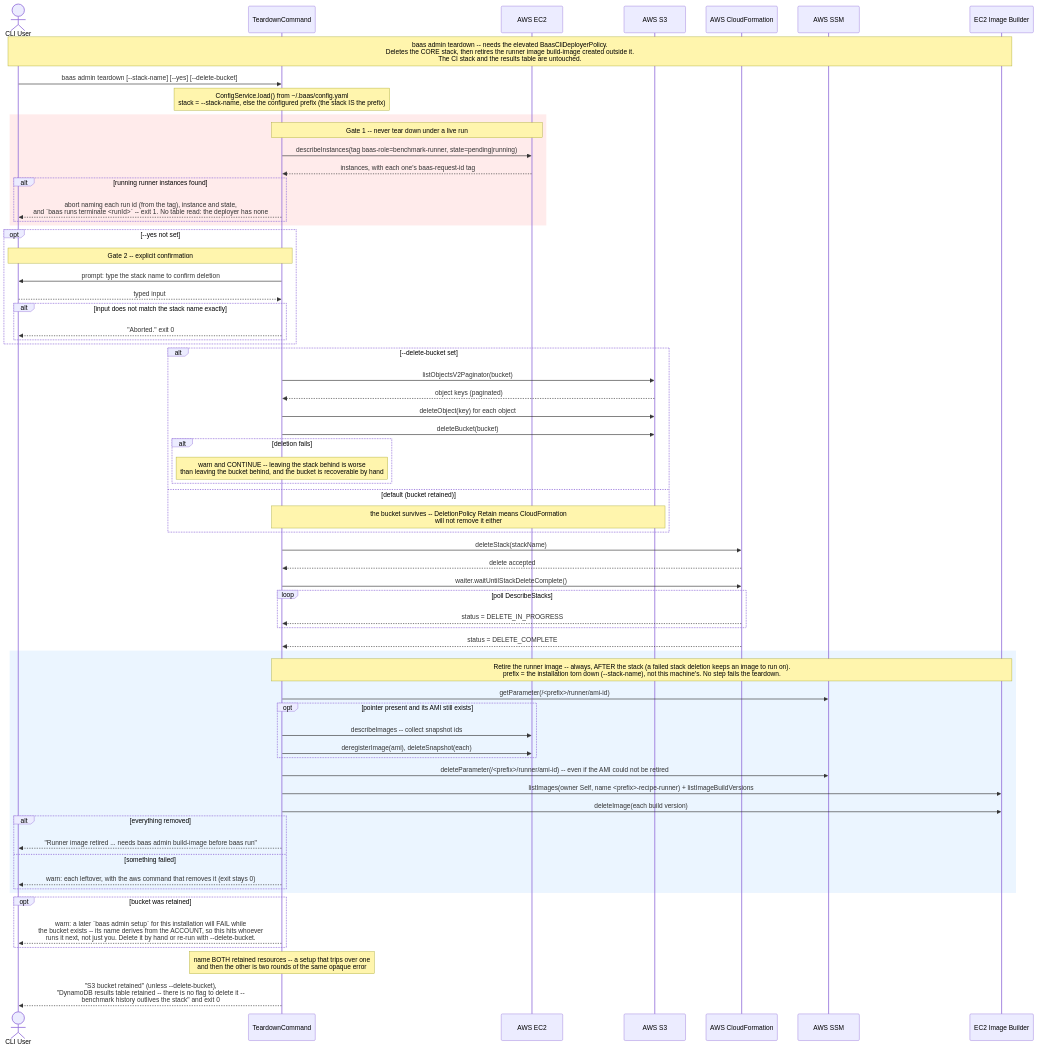
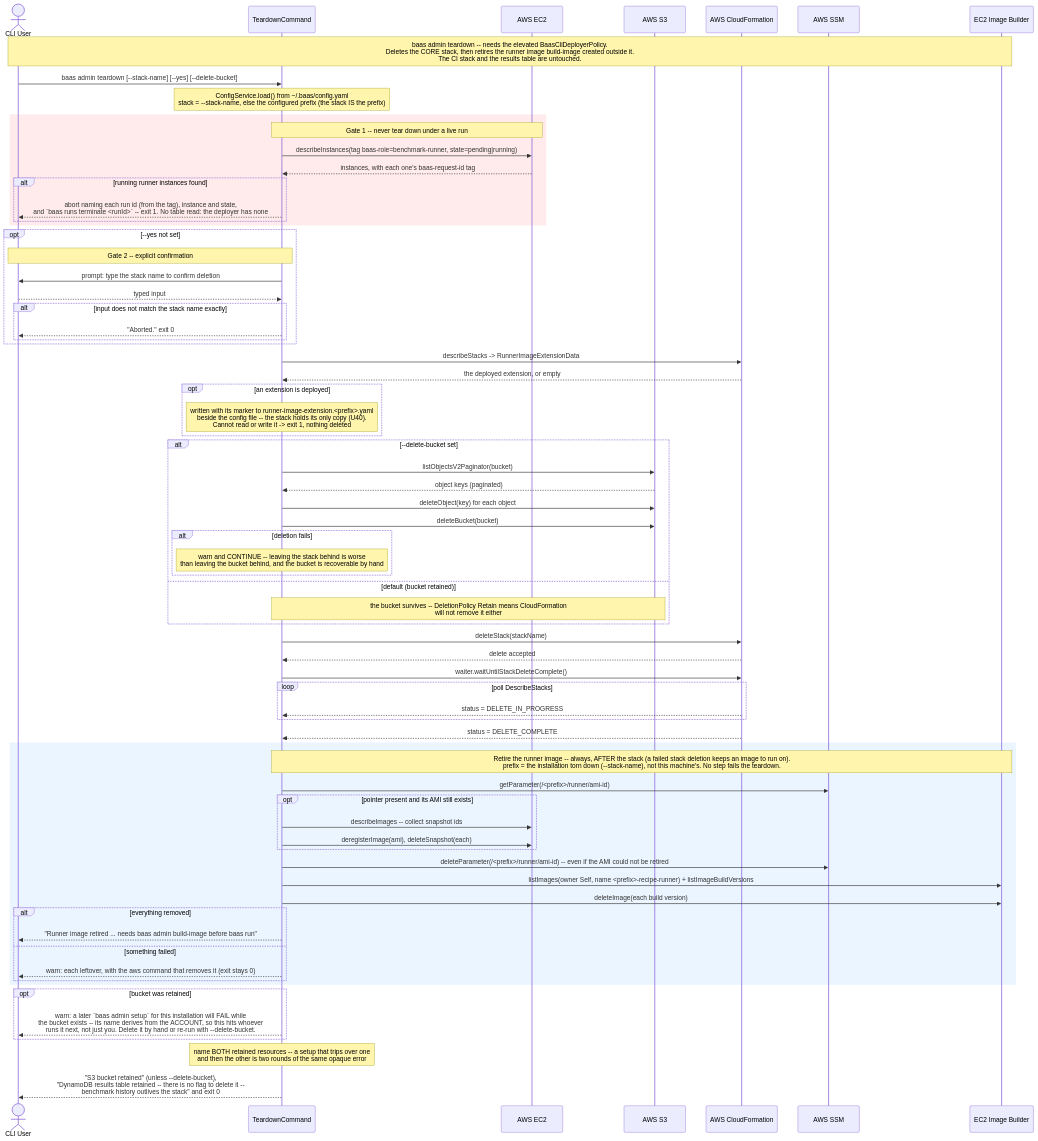
The diagram in docs/diagrams/baas-teardown.mmd (wsztajerowski/benchmark-as-a-service), drawn with Mermaid before and after one commit. The commit also changed 2 other files, not shown here.

Commit message:
fix(cli): save the runner-image extension before teardown deletes it (U40)
The extension exists only as the stack parameter RunnerImageExtensionData,
so deleting the stack deleted the only copy, and teardown's notices did
not mention it. Teardown now writes a non-empty extension, with the
marker a pull prints, to runner-image-extension.<prefix>.yaml beside the
config file before deleting anything, and names the file and how to push
it back. A teardown that cannot read or write it deletes nothing.

Claude-Session: https://claude.ai/code/session_013vN3RLRd63uvbo93ZSUrya

```diff
--- a/docs/diagrams/baas-teardown.mmd
+++ b/docs/diagrams/baas-teardown.mmd
@@ -1,73 +1,79 @@
 sequenceDiagram
     actor User as CLI User
     participant TD as TeardownCommand
     participant EC2 as AWS EC2
     participant S3 as AWS S3
     participant CF as AWS CloudFormation
     participant SSM as AWS SSM
     participant IB as EC2 Image Builder
 
     Note over User,IB: baas admin teardown -- needs the elevated BaasCliDeployerPolicy.<br/>Deletes the CORE stack, then retires the runner image build-image created outside it.<br/>The CI stack and the results table are untouched.
     User->>TD: baas admin teardown [--stack-name] [--yes] [--delete-bucket]
     Note over TD: ConfigService.load() from ~/.baas/config.yaml<br/>stack = --stack-name, else the configured prefix (the stack IS the prefix)
 
     rect rgb(255, 235, 235)
         Note over TD,EC2: Gate 1 -- never tear down under a live run
         TD->>EC2: describeInstances(tag baas-role=benchmark-runner, state=pending|running)
         EC2-->>TD: instances, with each one's baas-request-id tag
         alt running runner instances found
             TD-->>User: abort naming each run id (from the tag), instance and state,<br/>and `baas runs terminate <runId>` -- exit 1. No table read: the deployer has none
         end
     end
 
     opt --yes not set
         Note over TD,User: Gate 2 -- explicit confirmation
         TD->>User: prompt: type the stack name to confirm deletion
         User-->>TD: typed input
         alt input does not match the stack name exactly
             TD-->>User: "Aborted." exit 0
         end
+    end
+
+    TD->>CF: describeStacks -> RunnerImageExtensionData
+    CF-->>TD: the deployed extension, or empty
+    opt an extension is deployed
+        Note over TD: written with its marker to runner-image-extension.<prefix>.yaml<br/>beside the config file -- the stack holds its only copy (U40).<br/>Cannot read or write it -> exit 1, nothing deleted
     end
 
     alt --delete-bucket set
         TD->>S3: listObjectsV2Paginator(bucket)
         S3-->>TD: object keys (paginated)
         TD->>S3: deleteObject(key) for each object
         TD->>S3: deleteBucket(bucket)
         alt deletion fails
             Note over TD: warn and CONTINUE -- leaving the stack behind is worse<br/>than leaving the bucket behind, and the bucket is recoverable by hand
         end
     else default (bucket retained)
         Note over TD,S3: the bucket survives -- DeletionPolicy Retain means CloudFormation<br/>will not remove it either
     end
 
     TD->>CF: deleteStack(stackName)
     CF-->>TD: delete accepted
     TD->>CF: waiter.waitUntilStackDeleteComplete()
     loop poll DescribeStacks
         CF-->>TD: status = DELETE_IN_PROGRESS
     end
     CF-->>TD: status = DELETE_COMPLETE
 
     rect rgb(235, 245, 255)
         Note over TD,IB: Retire the runner image -- always, AFTER the stack (a failed stack deletion keeps an image to run on).<br/>prefix = the installation torn down (--stack-name), not this machine's. No step fails the teardown.
         TD->>SSM: getParameter(/<prefix>/runner/ami-id)
         opt pointer present and its AMI still exists
             TD->>EC2: describeImages -- collect snapshot ids
             TD->>EC2: deregisterImage(ami), deleteSnapshot(each)
         end
         TD->>SSM: deleteParameter(/<prefix>/runner/ami-id) -- even if the AMI could not be retired
         TD->>IB: listImages(owner Self, name <prefix>-recipe-runner) + listImageBuildVersions
         TD->>IB: deleteImage(each build version)
         alt everything removed
             TD-->>User: "Runner image retired ... needs baas admin build-image before baas run"
         else something failed
             TD-->>User: warn: each leftover, with the aws command that removes it (exit stays 0)
         end
     end
 
     opt bucket was retained
         TD-->>User: warn: a later `baas admin setup` for this installation will FAIL while<br/>the bucket exists -- its name derives from the ACCOUNT, so this hits whoever<br/>runs it next, not just you. Delete it by hand or re-run with --delete-bucket.
     end
     Note over TD: name BOTH retained resources -- a setup that trips over one<br/>and then the other is two rounds of the same opaque error
     TD-->>User: "S3 bucket retained" (unless --delete-bucket),<br/>"DynamoDB results table retained -- there is no flag to delete it --<br/>benchmark history outlives the stack" and exit 0
```
